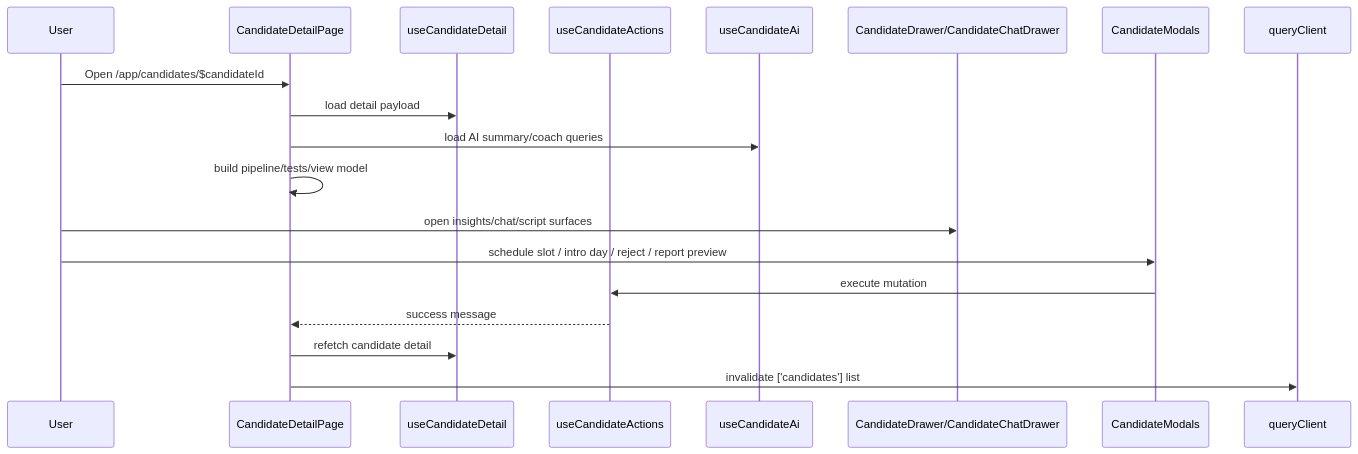
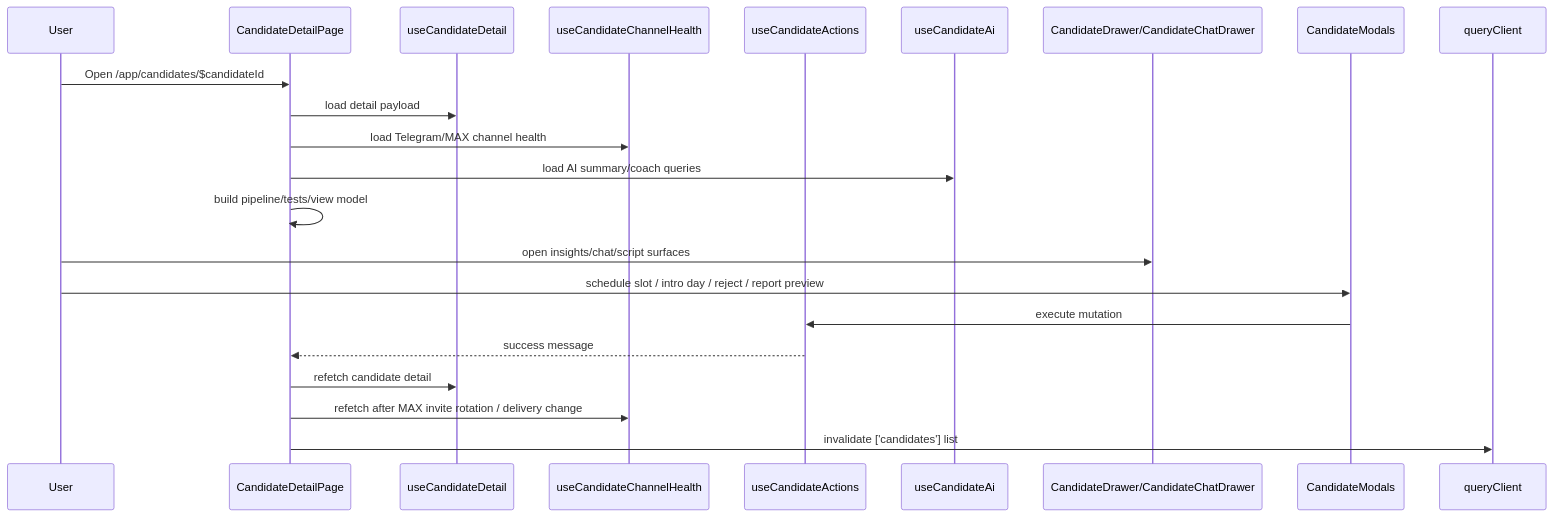
One commit to padka/HR changed the second of 6 diagrams in docs/frontend/state-flows.md. Above: the diagram before and after it, drawn with Mermaid. The commit also changed other lines of this file and 18 other files, not shown here.

Commit message:
docs: capture telegram max reliability tranche

````diff
--- a/docs/frontend/state-flows.md
+++ b/docs/frontend/state-flows.md
@@ -67,22 +67,25 @@
 ```mermaid
 sequenceDiagram
   participant User
   participant Page as CandidateDetailPage
   participant DetailQ as useCandidateDetail
+  participant ChannelQ as useCandidateChannelHealth
   participant Actions as useCandidateActions
   participant AI as useCandidateAi
   participant Drawer as CandidateDrawer/CandidateChatDrawer
   participant Modal as CandidateModals
   participant Query as queryClient
 
   User->>Page: Open /app/candidates/$candidateId
   Page->>DetailQ: load detail payload
+  Page->>ChannelQ: load Telegram/MAX channel health
   Page->>AI: load AI summary/coach queries
   Page->>Page: build pipeline/tests/view model
   User->>Drawer: open insights/chat/script surfaces
   User->>Modal: schedule slot / intro day / reject / report preview
   Modal->>Actions: execute mutation
   Actions-->>Page: success message
   Page->>DetailQ: refetch candidate detail
+  Page->>ChannelQ: refetch after MAX invite rotation / delivery change
   Page->>Query: invalidate ['candidates'] list
 ```
````
